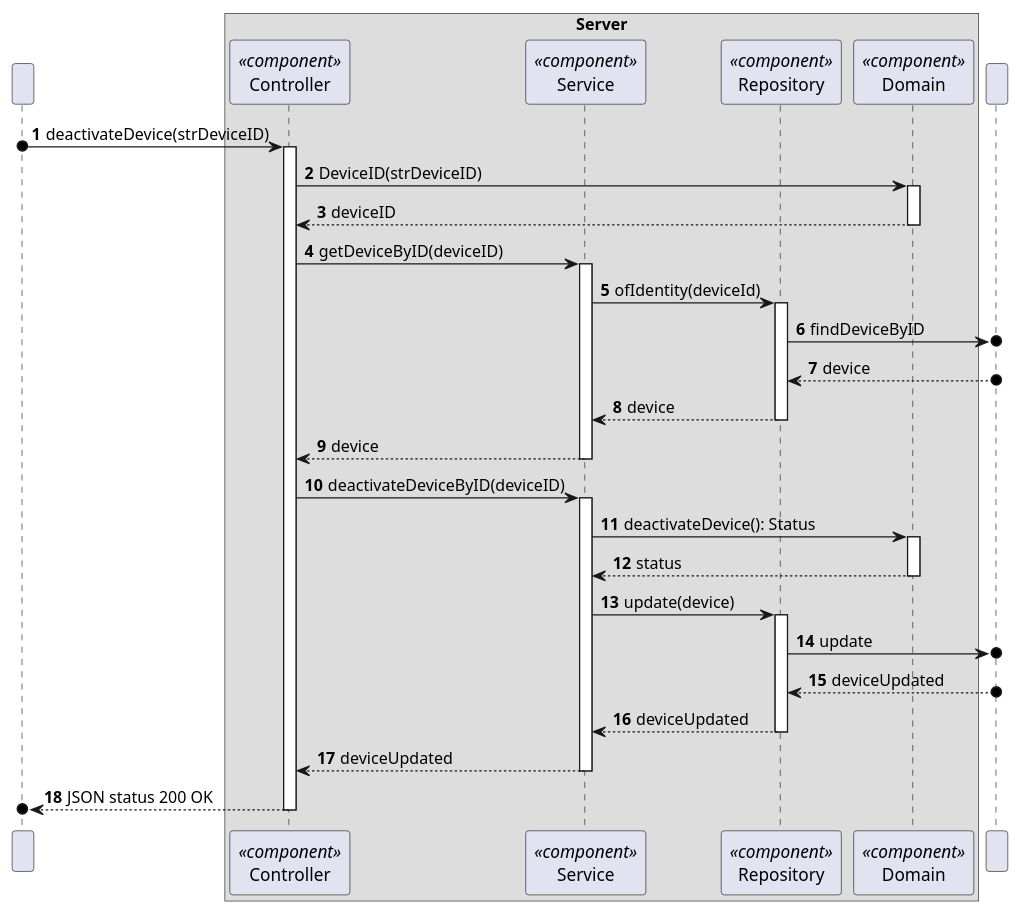
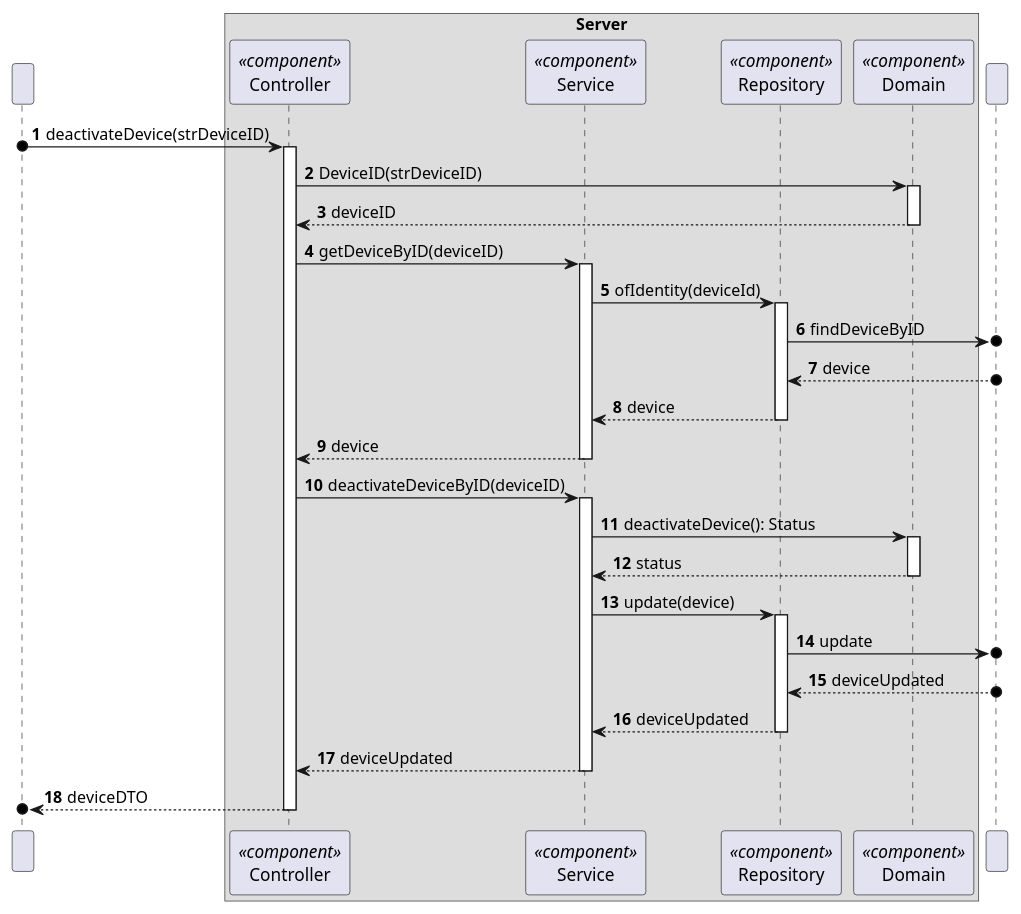
The diagram in docs/C4_4plus1_models/Level4/ProcessView/ProcessViewLevel4_UC08.puml (moutajDev/smarthome), drawn with PlantUML before and after one commit. The commit also changed 24 other files, not shown here.

```diff
--- a/docs/C4_4plus1_models/Level4/ProcessView/ProcessViewLevel4_UC08.puml
+++ b/docs/C4_4plus1_models/Level4/ProcessView/ProcessViewLevel4_UC08.puml
@@ -1,66 +1,66 @@
 @startuml
 'https://plantuml.com/sequence-diagram
 !pragma layout smetana
 
 autonumber
 
 participant " " as HTTP
 
 box "Server"
     participant "Controller" as CTRL<<component>>
         participant "Service" as SV<<component>>
         participant "Repository" as REPO<<component>>
         participant "Domain" as DOM<<component>>
 end box
 participant " " as BD
 
 
 
 HTTP o-> CTRL : deactivateDevice(strDeviceID)
 activate CTRL
 
 CTRL -> DOM: DeviceID(strDeviceID)
 activate DOM
 
 DOM --> CTRL : deviceID
 deactivate DOM
 
 CTRL -> SV : getDeviceByID(deviceID)
 activate SV
 
 SV -> REPO : ofIdentity(deviceId)
 activate REPO
 REPO ->o BD : findDeviceByID
 BD o--> REPO : device
 REPO --> SV : device
 deactivate REPO
 
 SV --> CTRL : device
 deactivate SV
 
 
 CTRL -> SV : deactivateDeviceByID(deviceID)
 activate SV
 
 
 SV -> DOM : deactivateDevice(): Status
 activate DOM
 DOM --> SV : status
 deactivate DOM
 
 SV -> REPO : update(device)
 activate REPO
 
 REPO ->o BD : update
 BD o--> REPO : deviceUpdated
 REPO --> SV : deviceUpdated
 deactivate REPO
 
 SV --> CTRL : deviceUpdated
 deactivate SV
 
-CTRL -->o HTTP : JSON status 200 OK
+CTRL -->o HTTP : deviceDTO
 deactivate CTRL
 
 
 @enduml
```
